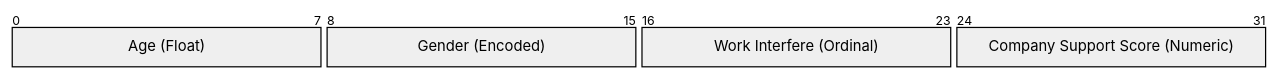
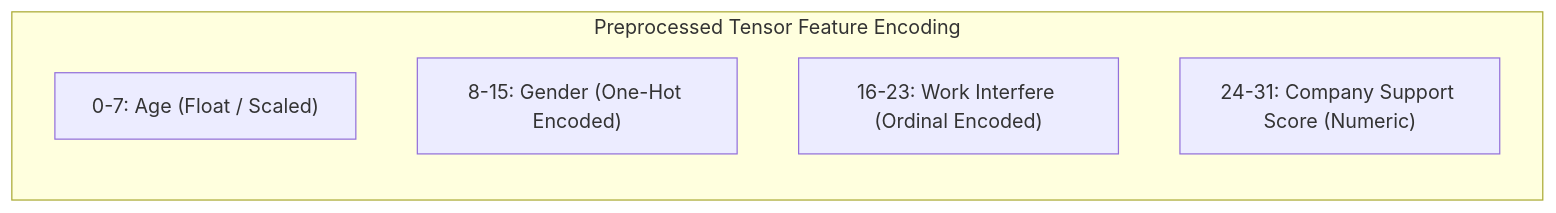
Before and after one commit to Garima09-work/workplace-mental-health-predictor: diagram 21 of 30 in README.md, drawn with Mermaid. The commit also changed other lines of this file, not shown here.

````diff
--- a/README.md
+++ b/README.md
@@ -665,7 +787,9 @@
 ```mermaid
-packet-beta
-    0-7: "Age (Float)"
-    8-15: "Gender (Encoded)"
-    16-23: "Work Interfere (Ordinal)"
-    24-31: "Company Support Score (Numeric)"
+flowchart LR
+    subgraph Preprocessed Tensor Feature Encoding
+        P0["0-7: Age (Float / Scaled)"]
+        P1["8-15: Gender (One-Hot Encoded)"]
+        P2["16-23: Work Interfere (Ordinal Encoded)"]
+        P3["24-31: Company Support Score (Numeric)"]
+    end
 ```
````
